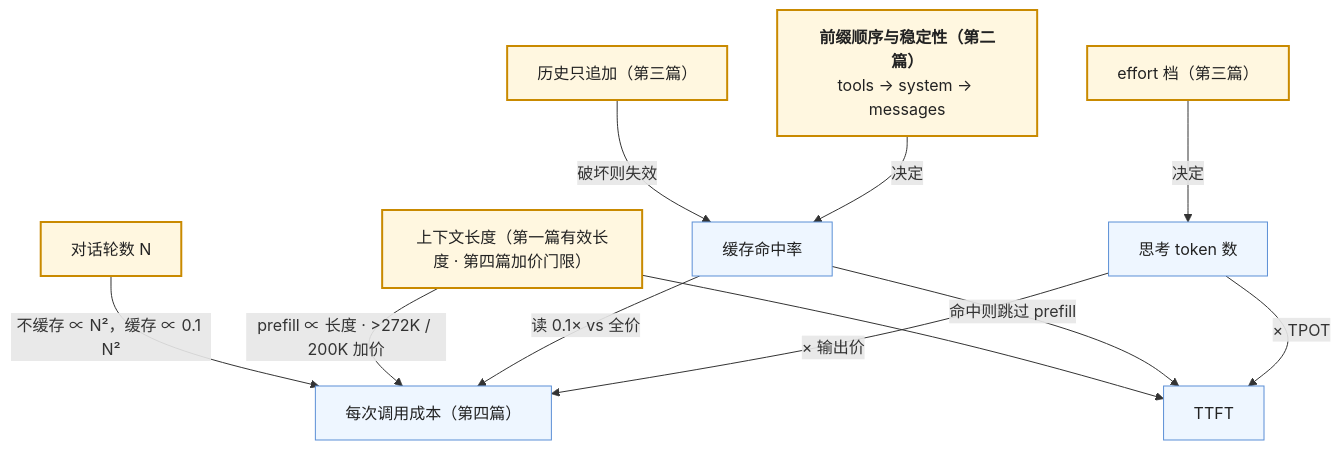
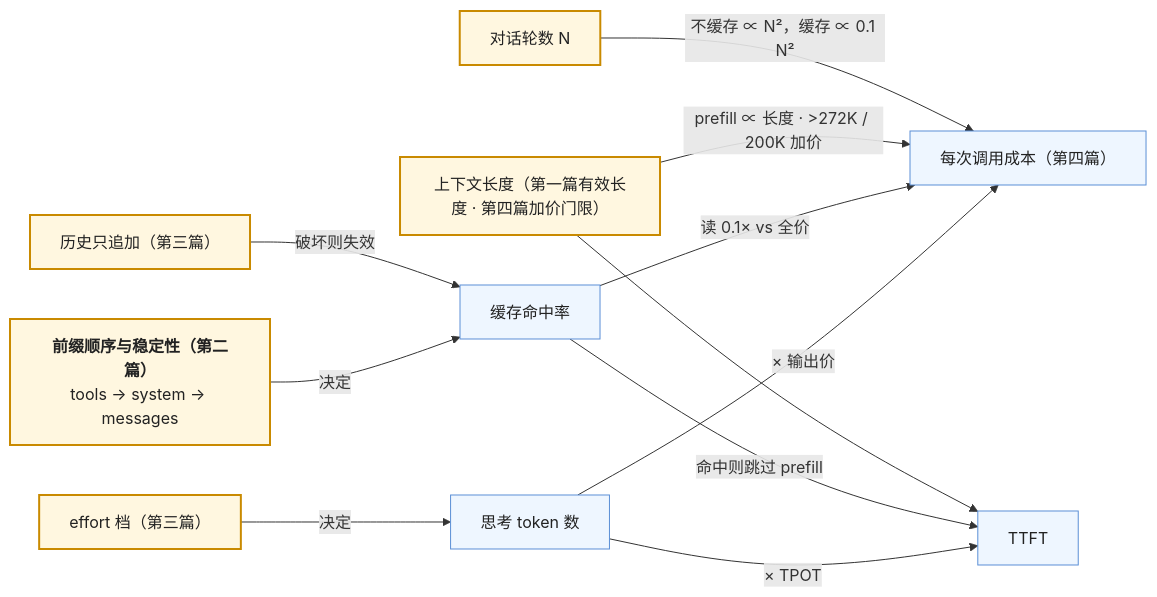
Before and after one commit to arganzheng/arganzheng.github.com: the third of 4 diagrams in _posts/2026-10-04-model-as-component-series-recap-and-self-test.md, drawn with Mermaid. The commit also changed 3 other files, not shown here.

First line of the commit message:
应用地图：三张被压扁的 Mermaid 改方向，去掉产品系列术语表里不再出现的 TTFT

````diff
--- a/_posts/2026-10-04-model-as-component-series-recap-and-self-test.md
+++ b/_posts/2026-10-04-model-as-component-series-recap-and-self-test.md
@@ -231,19 +231,19 @@
 ```mermaid
 %% 图：契约的每一项在账上的位置：effort 决定思考 token 进成本与 TTFT，前缀顺序决定缓存命中率，上下文长度与轮数决定 prefill 成本
-flowchart TB
+flowchart LR
     E["effort 档（第三篇）"] -->|"决定"| TH["思考 token 数"]
     TH -->|"× 输出价"| COST["每次调用成本（第四篇）"]
     TH -->|"× TPOT"| TTFT["TTFT"]
     ORD["<b>前缀顺序与稳定性（第二篇）</b><br/>tools → system → messages"] -->|"决定"| HIT["缓存命中率"]
     HIT -->|"读 0.1× vs 全价"| COST
     HIT -->|"命中则跳过 prefill"| TTFT
     HIST["历史只追加（第三篇）"] -->|"破坏则失效"| HIT
     LEN["上下文长度（第一篇有效长度 · 第四篇加价门限）"] -->|"prefill ∝ 长度 · >272K / 200K 加价"| COST
     LEN --> TTFT
     N["对话轮数 N"] -->|"不缓存 ∝ N²，缓存 ∝ 0.1 N²"| COST
 
     classDef q fill:#fff7e0,stroke:#c98a00,stroke-width:2px,color:#222
     classDef r fill:#eef6ff,stroke:#5b8fd6,color:#222
     class E,ORD,HIST,LEN,N q
     class TH,HIT,COST,TTFT r
 ```
````
